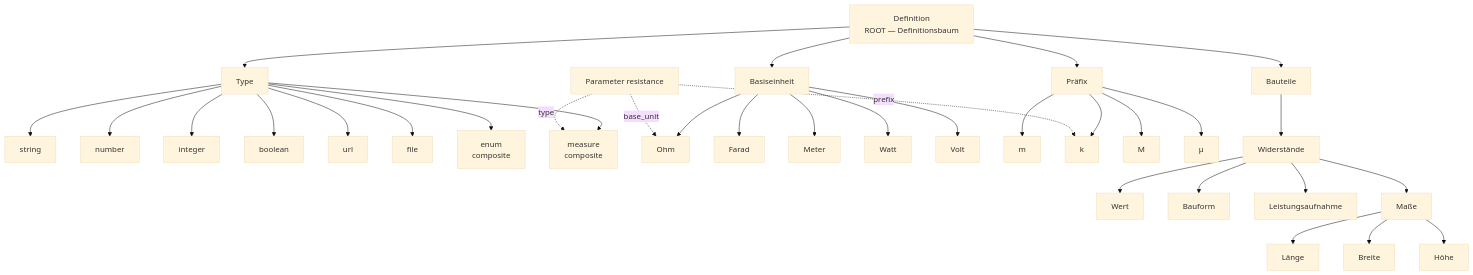
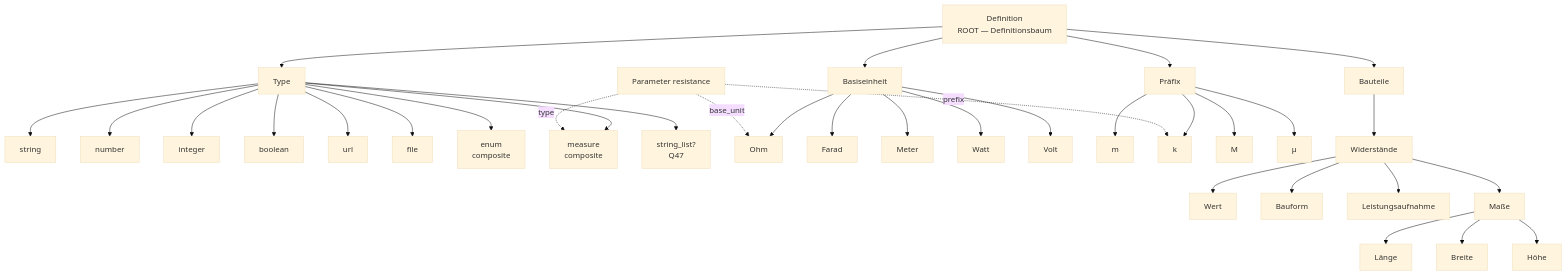
The fourth of 7 diagrams in docs/plans/data-structure.md (sfambach/wp-taxonomy-modeler), drawn with Mermaid (base theme) before and after one commit. The commit also changed other lines of this file and 3 other files, not shown here.

````diff
--- a/docs/plans/data-structure.md
+++ b/docs/plans/data-structure.md
@@ -466,43 +490,44 @@
 ```mermaid
 flowchart TB
   D["Definition<br/>ROOT — Definitionsbaum"]
 
   D --> T["Type"]
   D --> B["Basiseinheit"]
   D --> P["Präfix"]
   D --> Bau["Bauteile"]
 
   T --> T1["string"]
   T --> T2["number"]
   T --> T3["integer"]
   T --> T4["boolean"]
   T --> T5["url"]
   T --> T6["file"]
   T --> T7["enum<br/>composite"]
   T --> T8["measure<br/>composite"]
+  T --> T9["string_list?<br/>Q47"]
 
   B --> B1["Ohm"]
   B --> B2["Farad"]
   B --> B3["Meter"]
   B --> B4["Watt"]
   B --> B5["Volt"]
 
   P --> P1["m"]
   P --> P2["k"]
   P --> P3["M"]
   P --> P4["µ"]
 
   Bau --> W["Widerstände"]
   W --> V["Wert"]
   W --> F["Bauform"]
   W --> L["Leistungsaufnahme"]
   W --> M["Maße"]
   M --> GL["Länge"]
   M --> GB["Breite"]
   M --> GH["Höhe"]
 
   Param["Parameter resistance"]
   Param -.->|type| T8
   Param -.->|prefix| P2
   Param -.->|base_unit| B1
 ```
````
